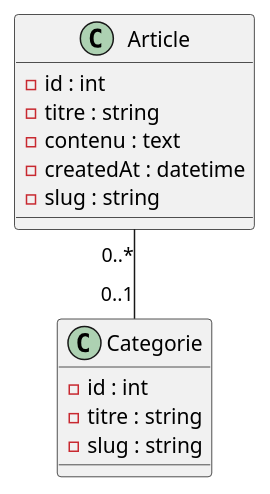
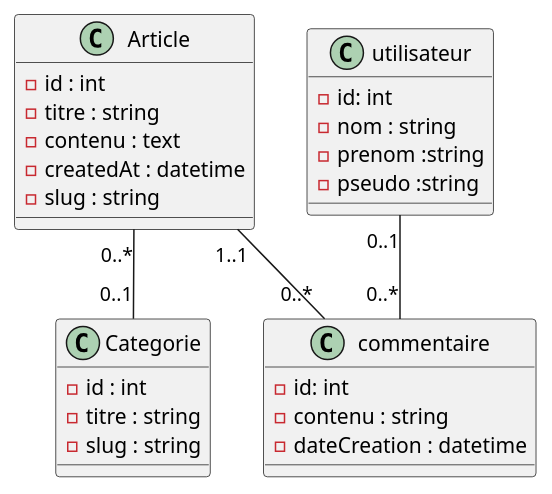
One commit to PaulEtignard/Blog-Symfony changed the diagram in documentation/diagramme de classe.puml. Above: the diagram before and after it, drawn with PlantUML. The commit also changed 1 other file, not shown here.

Commit message:
modification du diagramme de classe, avec Utilisateur et Commentaire

```diff
--- a/documentation/diagramme de classe.puml
+++ b/documentation/diagramme de classe.puml
@@ -1,20 +1,35 @@
 @startuml
 'https://plantuml.com/class-diagram
 
 class Article{
 -id : int
 -titre : string
 -contenu : text
 -createdAt : datetime
 -slug : string
 }
 
 class Categorie{
 -id : int
 -titre : string
 -slug : string
 }
+class utilisateur{
+-id: int
+-nom : string
+-prenom :string
+-pseudo :string
+}
+class commentaire{
+-id: int
+-contenu : string
+-dateCreation : datetime
+}
+
 
 Article"0..*" -- "0..1"Categorie
+Article"1..1"--"0..*"commentaire
+utilisateur"0..1"--"0..*"commentaire
+
 
 @enduml
```
